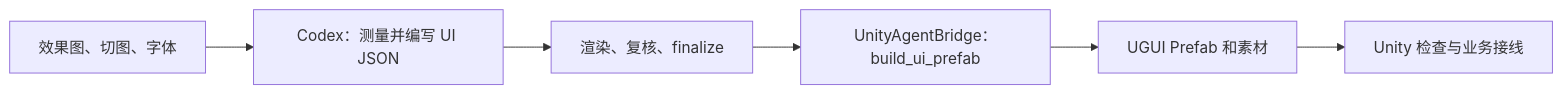
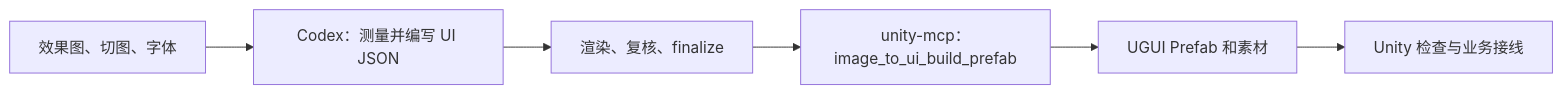
The diagram in README.zh-CN.md (osunkingo/Image-To-UI), drawn with Mermaid before and after one commit. The commit also changed other lines of this file and 5 other files, not shown here.

````diff
--- a/README.zh-CN.md
+++ b/README.zh-CN.md
@@ -239,8 +241,8 @@
 ```mermaid
 flowchart LR
     A["效果图、切图、字体"] --> B["Codex：测量并编写 UI JSON"]
     B --> C["渲染、复核、finalize"]
-    C --> D["UnityAgentBridge：build_ui_prefab"]
+    C --> D["unity-mcp：image_to_ui_build_prefab"]
     D --> E["UGUI Prefab 和素材"]
     E --> F["Unity 检查与业务接线"]
 ```
````
